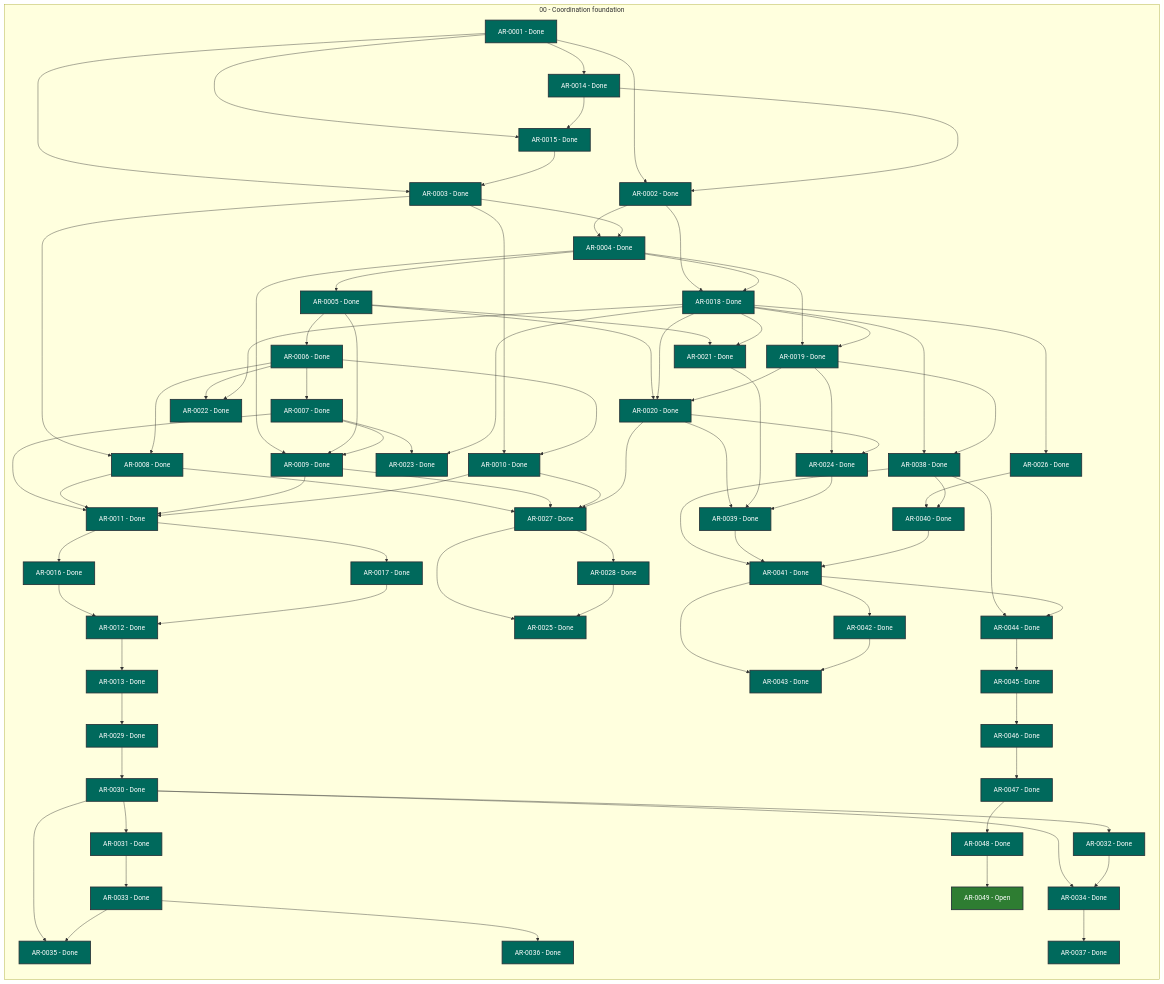
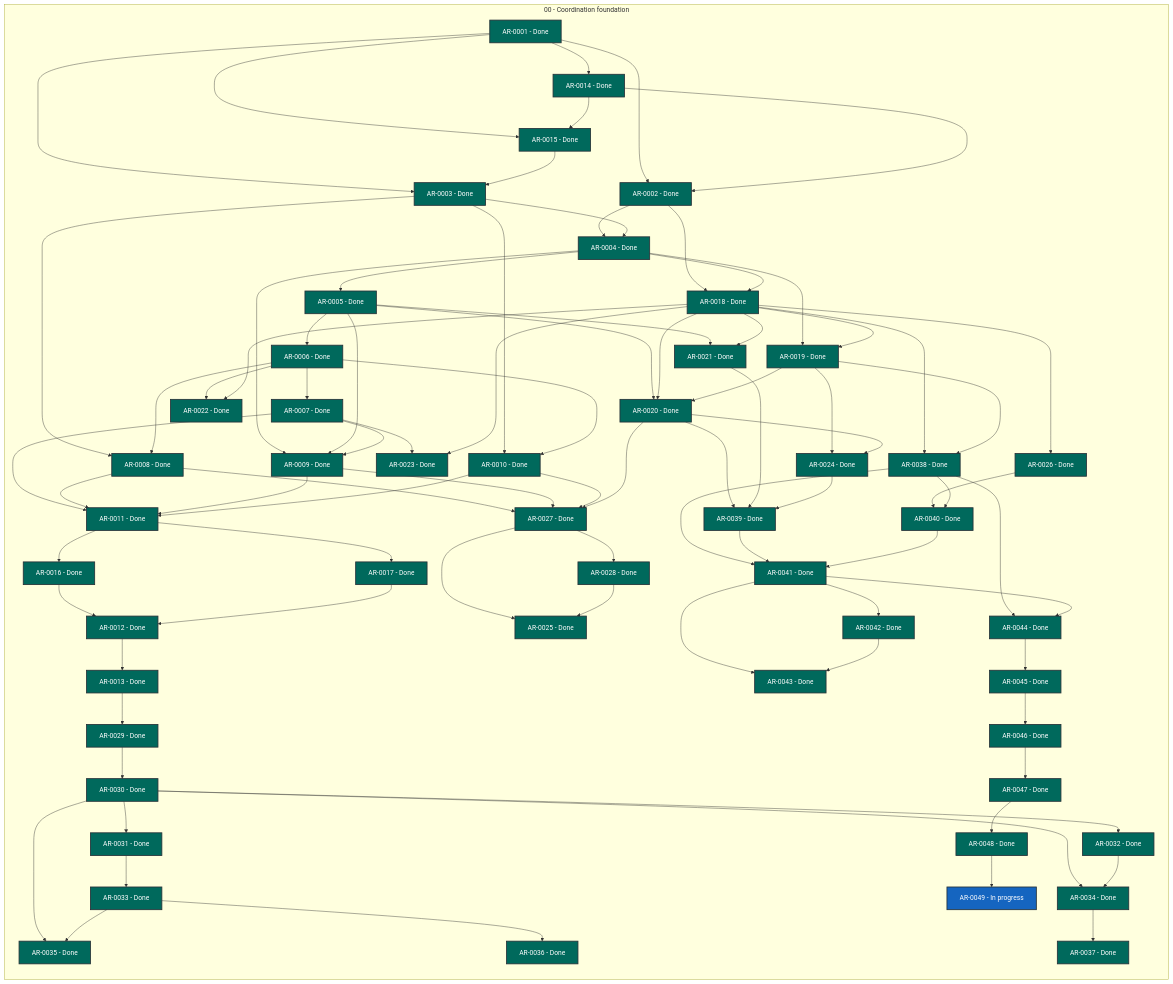
The diagram in STATUS.md (martin-beck/agent-workflow-tui-state), drawn with Mermaid before and after one commit. The commit also changed other lines of this file and 2 other files, not shown here.

```diff
--- a/STATUS.md
+++ b/STATUS.md
@@ -76,7 +76,7 @@
         AR_0046["AR-0046 - Done"]:::status_done
         AR_0047["AR-0047 - Done"]:::status_done
         AR_0048["AR-0048 - Done"]:::status_done
-        AR_0049["AR-0049 - Open"]:::status_open
+        AR_0049["AR-0049 - In progress"]:::status_in_progress
     end
     AR_0001 --> AR_0002
     AR_0001 --> AR_0003
```
